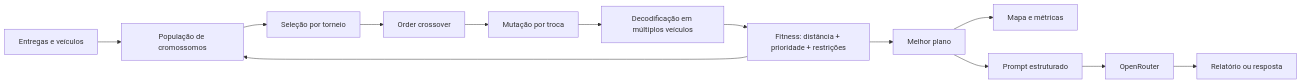
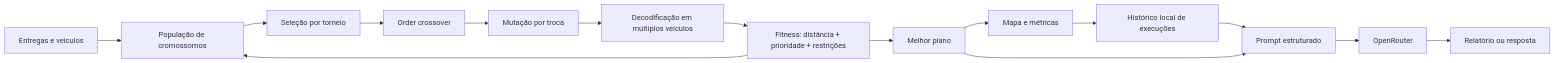
The diagram in docs/arquitetura.md (Nathan-P2/tech-challenge-fase2), drawn with Mermaid before and after one commit. The commit also changed other lines of this file and 15 other files, not shown here.

````diff
--- a/docs/arquitetura.md
+++ b/docs/arquitetura.md
@@ -7,15 +7,17 @@
 ```mermaid
 flowchart LR
     A[Entregas e veículos] --> B[População de cromossomos]
     B --> C[Seleção por torneio]
     C --> D[Order crossover]
     D --> E[Mutação por troca]
     E --> F[Decodificação em múltiplos veículos]
     F --> G[Fitness: distância + prioridade + restrições]
     G --> B
     G --> H[Melhor plano]
     H --> I[Mapa e métricas]
+    I --> M[Histórico local de execuções]
+    M --> J
     H --> J[Prompt estruturado]
     J --> K[OpenRouter]
     K --> L[Relatório ou resposta]
 ```
````
